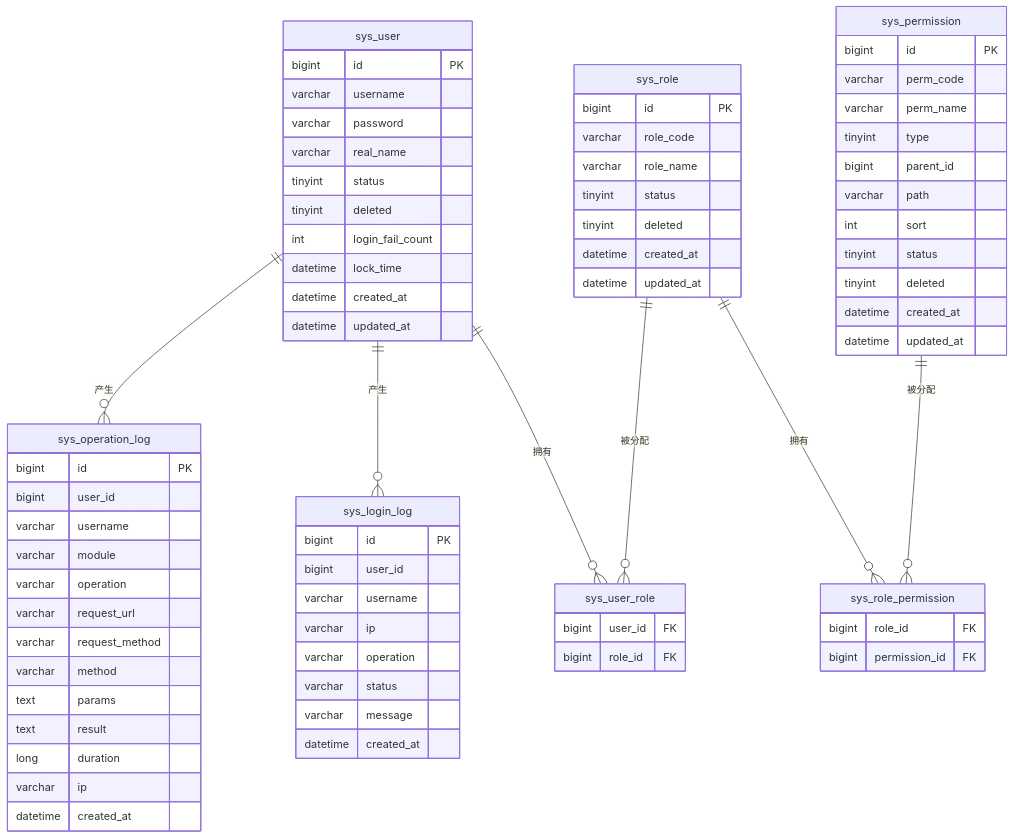
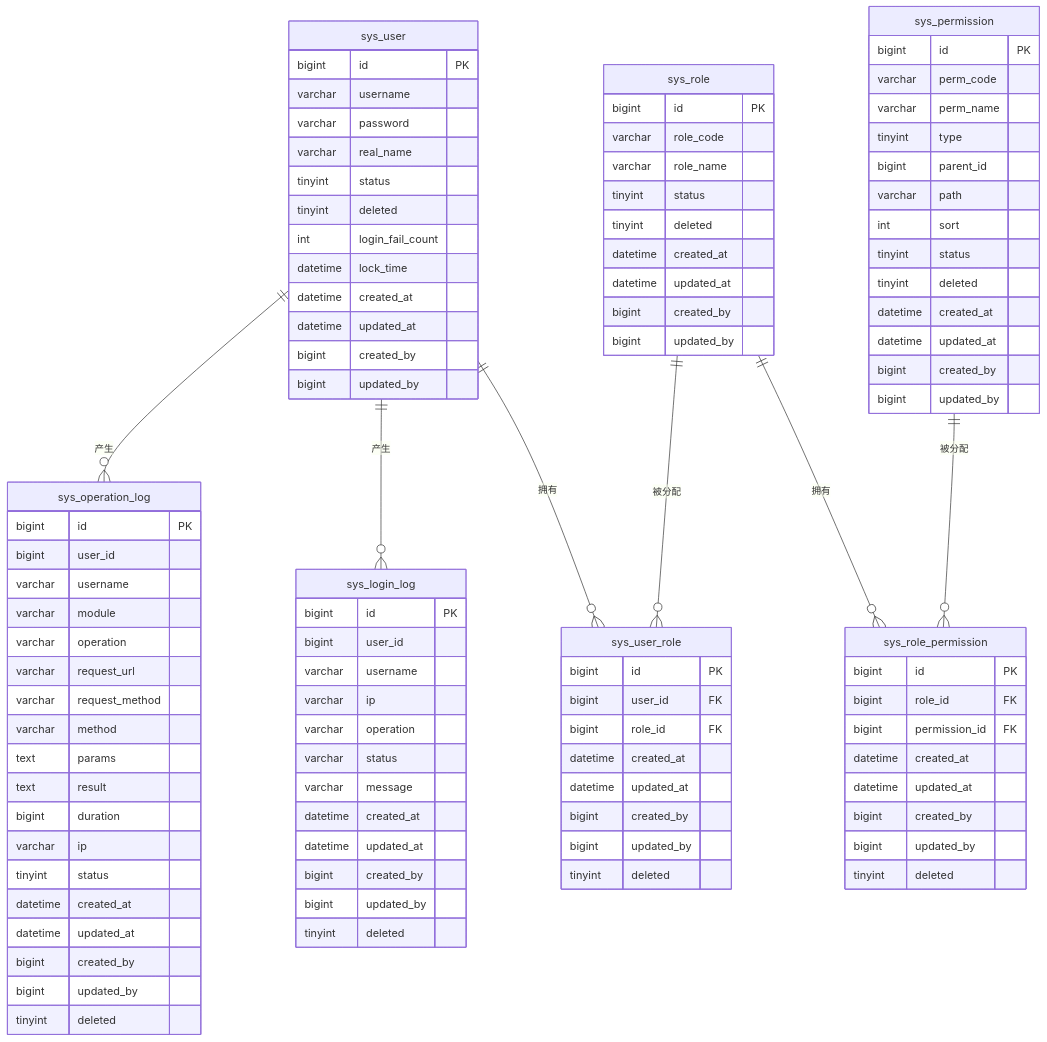
One commit to GeBron/molly changed the third of 3 diagrams in .trae/documents/Technical-Architecture.md. Above: the diagram before and after it, drawn with Mermaid. The commit also changed other lines of this file and 2 other files, not shown here.

````diff
--- a/.trae/documents/Technical-Architecture.md
+++ b/.trae/documents/Technical-Architecture.md
@@ -128,6 +141,8 @@
         datetime lock_time
         datetime created_at
         datetime updated_at
+        bigint created_by
+        bigint updated_by
     }
 
     sys_role {
@@ -138,6 +153,8 @@
         tinyint deleted
         datetime created_at
         datetime updated_at
+        bigint created_by
+        bigint updated_by
     }
 
     sys_permission {
@@ -152,16 +169,30 @@
         tinyint deleted
         datetime created_at
         datetime updated_at
+        bigint created_by
+        bigint updated_by
     }
 
     sys_user_role {
+        bigint id PK
         bigint user_id FK
         bigint role_id FK
+        datetime created_at
+        datetime updated_at
+        bigint created_by
+        bigint updated_by
+        tinyint deleted
     }
 
     sys_role_permission {
+        bigint id PK
         bigint role_id FK
         bigint permission_id FK
+        datetime created_at
+        datetime updated_at
+        bigint created_by
+        bigint updated_by
+        tinyint deleted
     }
 
     sys_login_log {
@@ -173,6 +204,10 @@
         varchar status
         varchar message
         datetime created_at
+        datetime updated_at
+        bigint created_by
+        bigint updated_by
+        tinyint deleted
     }
 
     sys_operation_log {
@@ -186,8 +221,13 @@
         varchar method
         text params
         text result
-        long duration
+        bigint duration
         varchar ip
+        tinyint status
         datetime created_at
+        datetime updated_at
+        bigint created_by
+        bigint updated_by
+        tinyint deleted
     }
 ```
````
